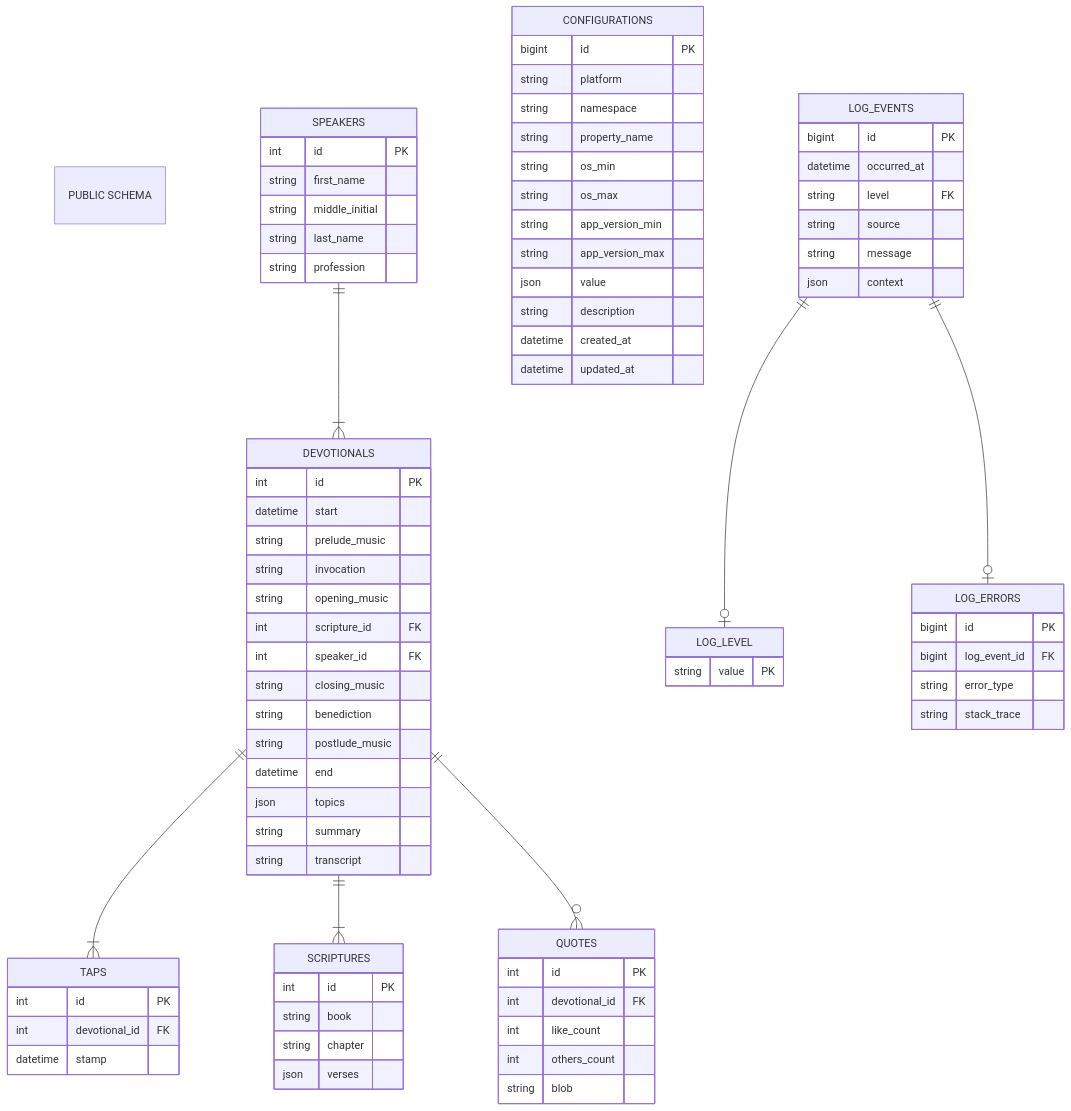
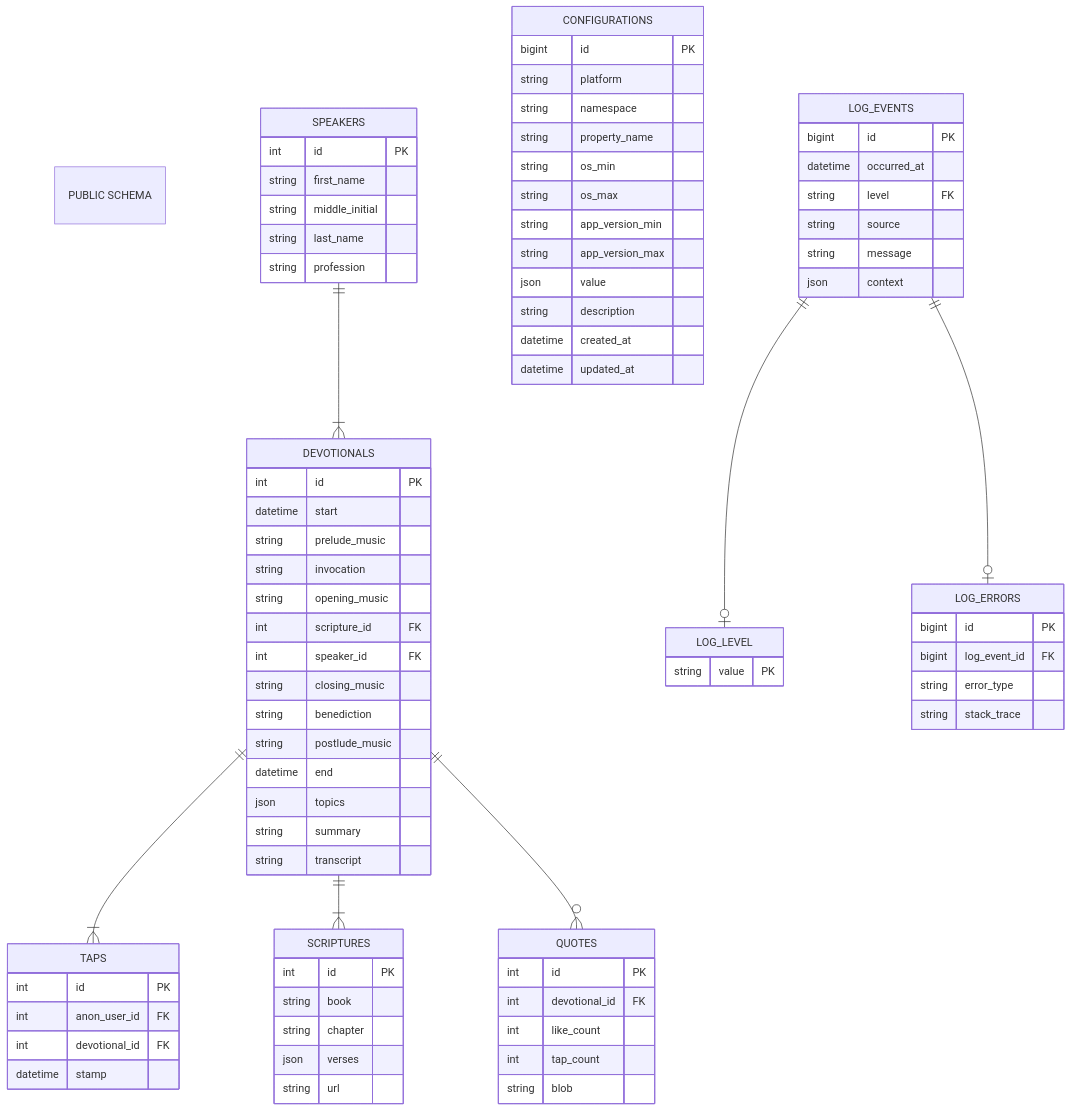
Before and after one commit to astro-bytes/TheDevoApp: the diagram in supabase/README.md, drawn with Mermaid. The commit also changed 3 other files, not shown here.

```diff
--- a/supabase/README.md
+++ b/supabase/README.md
@@ -22,6 +22,7 @@
         string book
         string chapter
         json verses
+        string url
     }
 
     SPEAKERS {
@@ -34,6 +35,7 @@
 
     TAPS {
         int id PK
+        int anon_user_id FK
         int devotional_id FK
         datetime stamp
     }
@@ -42,7 +44,7 @@
         int id PK
         int devotional_id FK
         int like_count
-        int others_count
+        int tap_count
         string blob
     }
 
```
